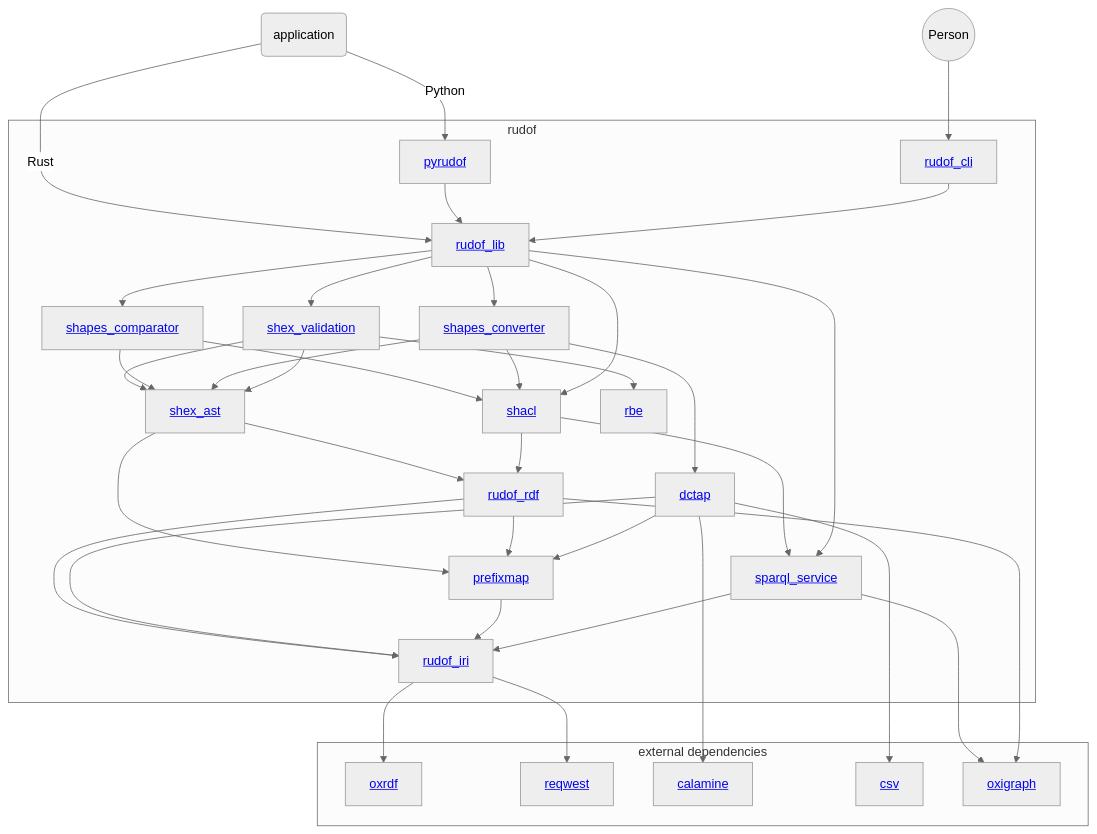
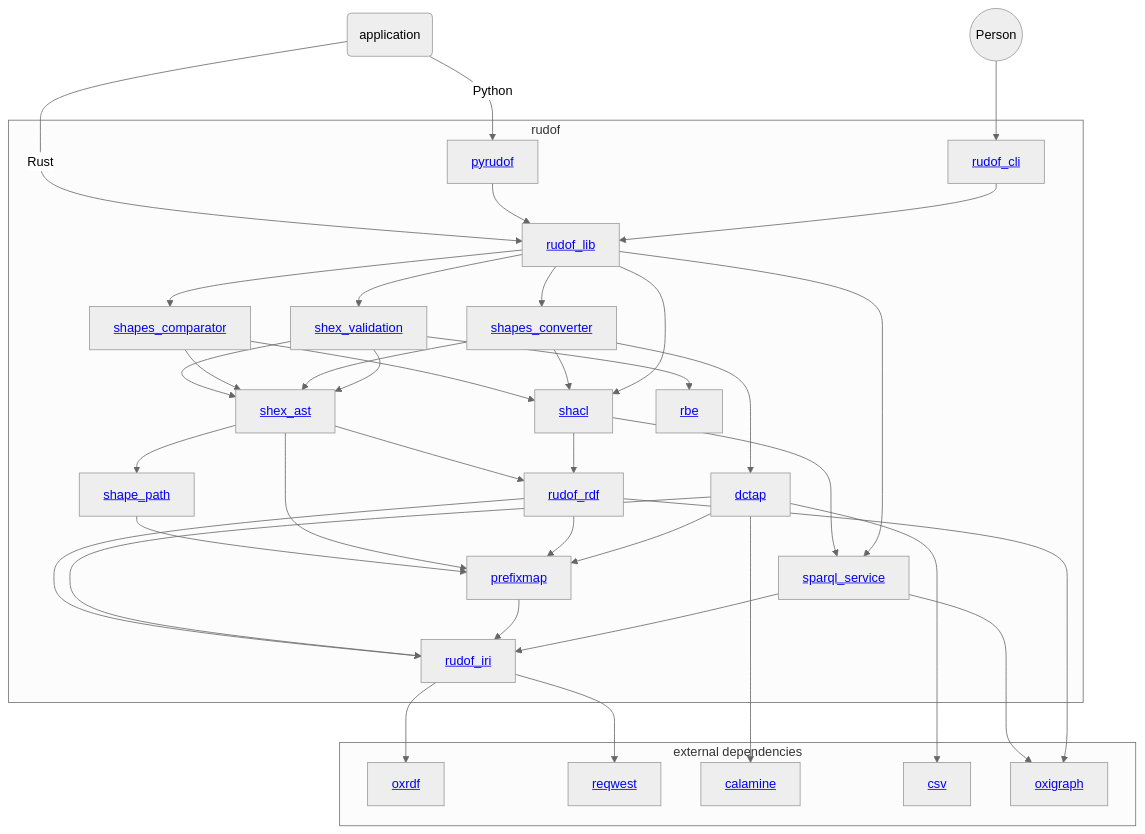
Before and after one commit to rudof-project/rudof: the diagram in docs/src/overview.md, drawn with Mermaid (neutral theme). The commit also changed other lines of this file and 53 other files, not shown here.

Commit message:
refactor(shape_path): extract ShExPath from shex_ast into its own crate

````diff
--- a/docs/src/overview.md
+++ b/docs/src/overview.md
@@ -40,63 +40,66 @@
 ```mermaid
 graph TD;
  user((Person)) --> rudof_cli;
  application(application);
  application -->|Rust| rudof_lib ;
  application --> |Python| pyrudof ;
  rudof_iri --> oxrdf;
  rudof_iri --> reqwest ;
  dctap --> calamine ;
  dctap --> csv ;
  sparql_service --> oxigraph ;
  rudof_rdf --> oxigraph ;
 subgraph rudof
     rudof_lib[<a href='https://crates.io/crates/rudof_lib'>rudof_lib</a>];
     rudof_cli[<a href='https://crates.io/crates/rudof_cli'>rudof_cli</a>];
     pyrudof[<a href='https://pypi.org/project/pyrudof/'>pyrudof</a>];
     shex_ast[<a href='https://crates.io/crates/shex_ast'>shex_ast</a>];
+    shape_path[<a href='https://crates.io/crates/shape_path'>shape_path</a>];
     rudof_rdf[<a href='https://crates.io/crates/rudof_rdf'>rudof_rdf</a>];
     shex_validation[<a href='https://crates.io/crates/shex_validation'>shex_validation</a>];
     shacl[<a href='https://crates.io/crates/shacl'>shacl</a>];
     rudof_iri[<a href='https://crates.io/crates/rudof_iri'>rudof_iri</a>];
     prefixmap[<a href='https://crates.io/crates/prefixmap'>prefixmap</a>];
     rbe[<a href='https://crates.io/crates/rbe'>rbe</a>];
     shapes_converter[<a href='https://crates.io/crates/shapes_converter'>shapes_converter</a>];
     shapes_comparator[<a href='https://crates.io/crates/shapes_comparator'>shapes_comparator</a>];
  dctap[<a href='https://crates.io/crates/dctap'>dctap</a>];
  sparql_service[<a href='https://crates.io/crates/sparql_service'>sparql_service</a>];
 
  pyrudof --> rudof_lib ;
  rudof_cli --> rudof_lib ;
  shex_ast --> rudof_rdf ;
  shex_validation-->shex_ast;
+ shex_ast-->shape_path;
+ shape_path-->prefixmap;
  rudof_rdf-->rudof_iri;
  shacl-->rudof_rdf;
  shacl-->sparql_service;
  shex_ast-->prefixmap;
  rudof_rdf-->prefixmap;
  shex_validation-->rbe;
  dctap-->prefixmap;
  dctap --> rudof_iri;
 
  shapes_comparator-->shex_ast;
  shapes_comparator-->shacl;
  shapes_converter-->shacl;
  shapes_converter-->shex_ast;
  shapes_converter-->dctap;
  prefixmap --> rudof_iri ;
  shex_validation --> shex_ast
  sparql_service --> rudof_iri ;
  rudof_lib --> shex_validation ;
  rudof_lib --> shacl ;
  rudof_lib --> shapes_converter ;
  rudof_lib --> sparql_service ;
  rudof_lib --> shapes_comparator ;
 end
 subgraph external dependencies
  oxigraph[<a href='https://crates.io/crates/oxigraph'>oxigraph</a>] ;
  oxrdf[<a href='https://crates.io/crates/oxrdf'>oxrdf</a>] ;
  calamine[<a href='https://docs.rs/calamine/latest/calamine/'>calamine</a>] ;
  reqwest[<a href='https://docs.rs/reqwest/latest/reqwest/'>reqwest</a>] ;
  csv[<a href='https://docs.rs/csv/latest/csv/'>csv</a>]
 end
 ```
````
